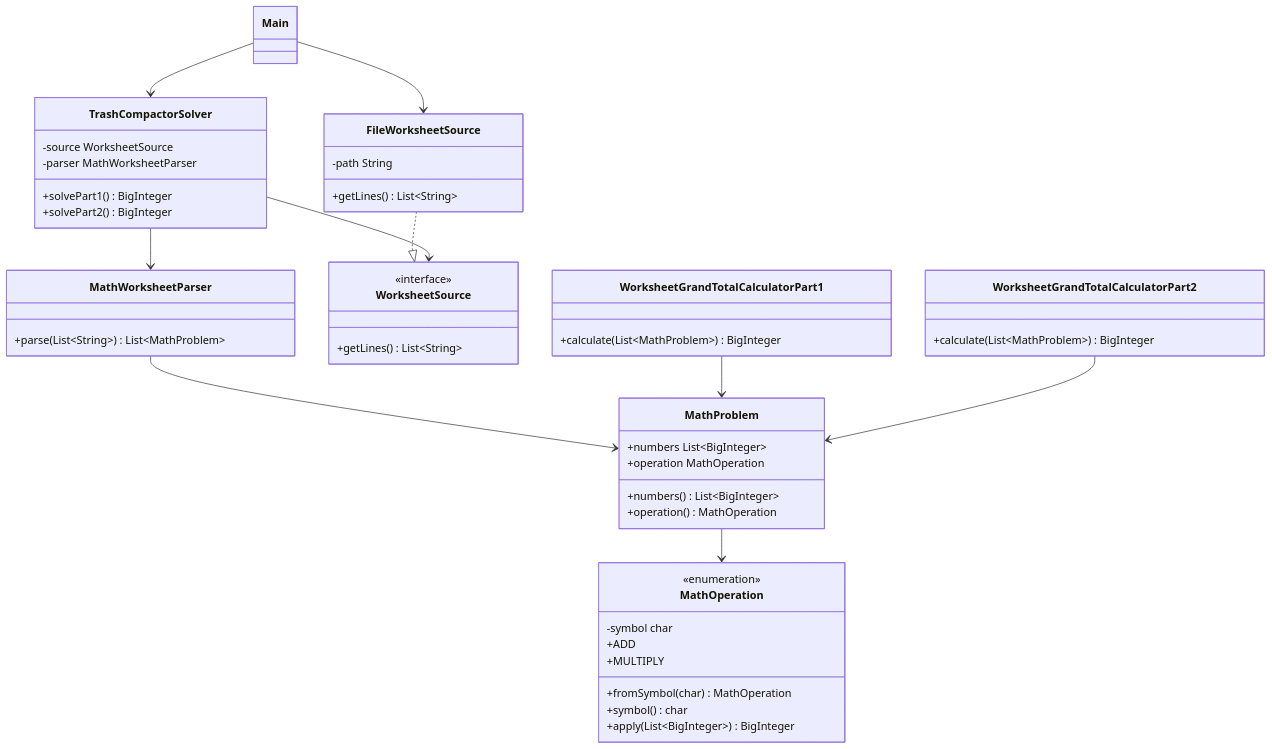
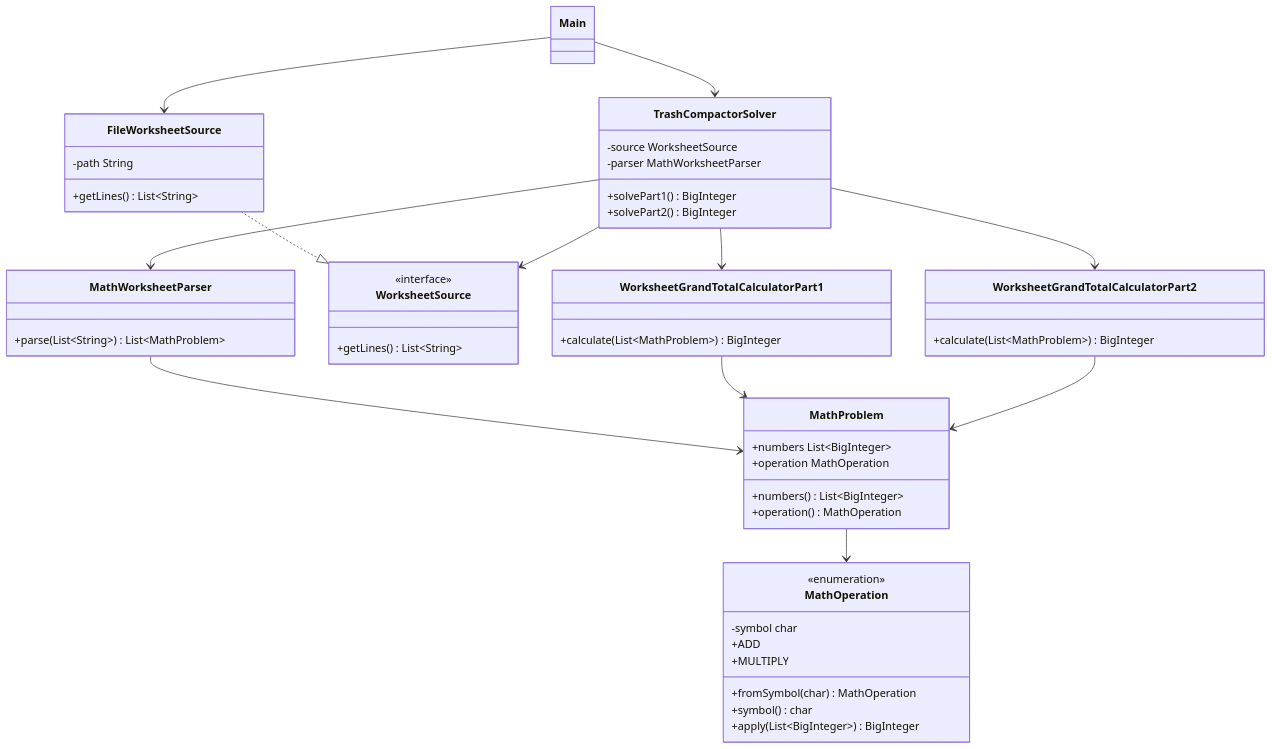
One commit to JavierGlezVel/AoC2025 changed the diagram in dia6/README.md. Above: the diagram before and after it, drawn with Mermaid. The commit also changed 7 other files, not shown here.

````diff
--- a/dia6/README.md
+++ b/dia6/README.md
@@ -324,52 +324,54 @@
 ```mermaid
 classDiagram
     class Main
     class TrashCompactorSolver {
         -source WorksheetSource
         -parser MathWorksheetParser
         +solvePart1() BigInteger
         +solvePart2() BigInteger
     }
     class MathWorksheetParser {
         +parse(List~String~) List~MathProblem~
     }
     class WorksheetSource {
         <<interface>>
         +getLines() List~String~
     }
     class FileWorksheetSource {
         -path String
         +getLines() List~String~
     }
     class MathProblem {
         +numbers List~BigInteger~
         +operation MathOperation
         +numbers() List~BigInteger~
         +operation() MathOperation
     }
     class MathOperation {
         <<enumeration>>
         -symbol char
         +ADD
         +MULTIPLY
         +fromSymbol(char) MathOperation
         +symbol() char
         +apply(List~BigInteger~) BigInteger
     }
     class WorksheetGrandTotalCalculatorPart1 {
         +calculate(List~MathProblem~) BigInteger
     }
     class WorksheetGrandTotalCalculatorPart2 {
         +calculate(List~MathProblem~) BigInteger
     }
 
     Main --> TrashCompactorSolver
     Main --> FileWorksheetSource
     FileWorksheetSource ..|> WorksheetSource
     TrashCompactorSolver --> WorksheetSource
     TrashCompactorSolver --> MathWorksheetParser
+    TrashCompactorSolver --> WorksheetGrandTotalCalculatorPart1
+    TrashCompactorSolver --> WorksheetGrandTotalCalculatorPart2
     MathWorksheetParser --> MathProblem
     MathProblem --> MathOperation
     WorksheetGrandTotalCalculatorPart1 --> MathProblem
     WorksheetGrandTotalCalculatorPart2 --> MathProblem
 ```
````
